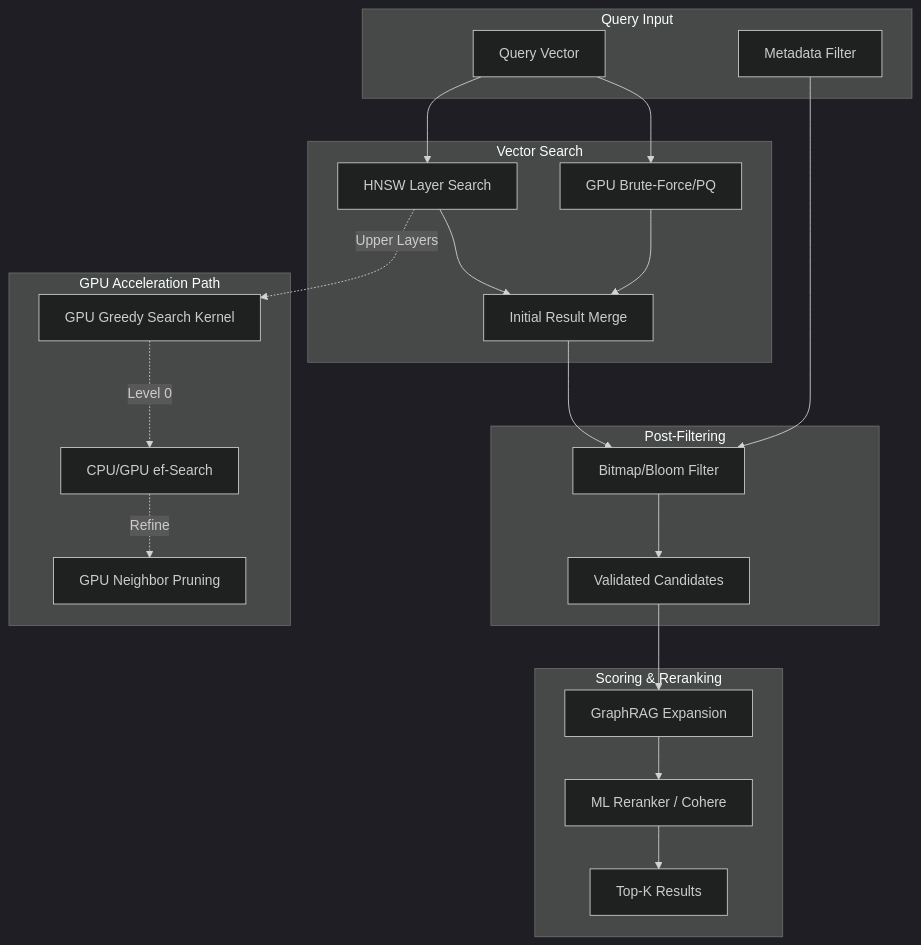
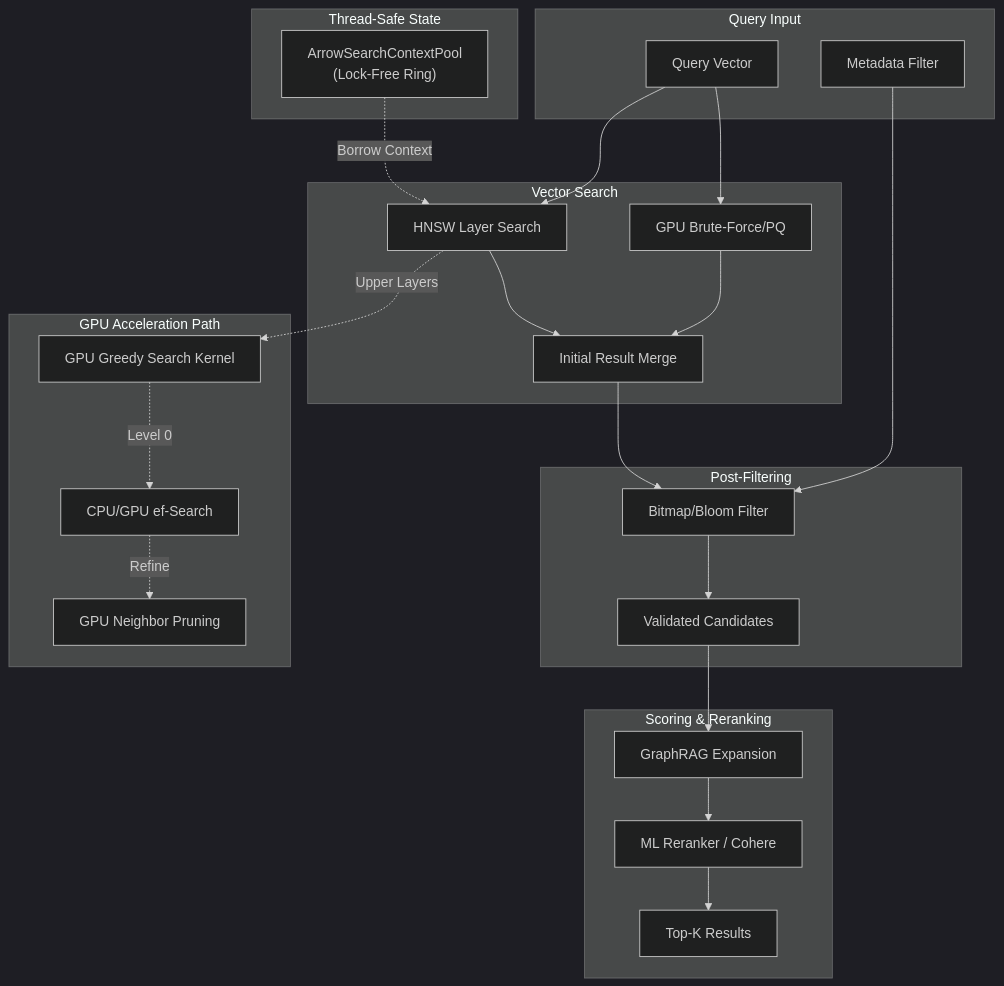
The seventh of 7 diagrams in docs/architecture.md (23skdu/longbow), drawn with Mermaid (dark theme) before and after one commit. The commit also changed other lines of this file and 1 other file, not shown here.

Commit message:
docs: update nextsteps.md lock-free contexts and architecture diagrams

````diff
--- a/docs/architecture.md
+++ b/docs/architecture.md
@@ -316,33 +319,39 @@
 ```mermaid
 graph TD
+    subgraph Context["Thread-Safe State"]
+        Ctx["ArrowSearchContextPool<br/>(Lock-Free Ring)"]
+    end
+
     subgraph Query["Query Input"]
         V[Query Vector]
         F[Metadata Filter]
     end
 
     subgraph Search["Vector Search"]
         HNSW[HNSW Layer Search]
         GPU[GPU Brute-Force/PQ]
         HNSW & GPU --> Merge[Initial Result Merge]
     end
+
+    Ctx -.->|Borrow Context| HNSW
 
     subgraph Filtering["Post-Filtering"]
         Merge --> Bitset[Bitmap/Bloom Filter]
         Bitset --> Valid[Validated Candidates]
     end
 
     subgraph Scoring["Scoring & Reranking"]
         Valid --> Graph[GraphRAG Expansion]
         Graph --> Rerank[ML Reranker / Cohere]
         Rerank --> Final[Top-K Results]
     end
 
     V --> HNSW & GPU
     F --> Bitset
 
     subgraph GPU_Flow["GPU Acceleration Path"]
         HNSW -.->|Upper Layers| Greedy[GPU Greedy Search Kernel]
         Greedy -.->|Level 0| Search0[CPU/GPU ef-Search]
         Search0 -.->|Refine| Prune[GPU Neighbor Pruning]
     end
 ```
````
